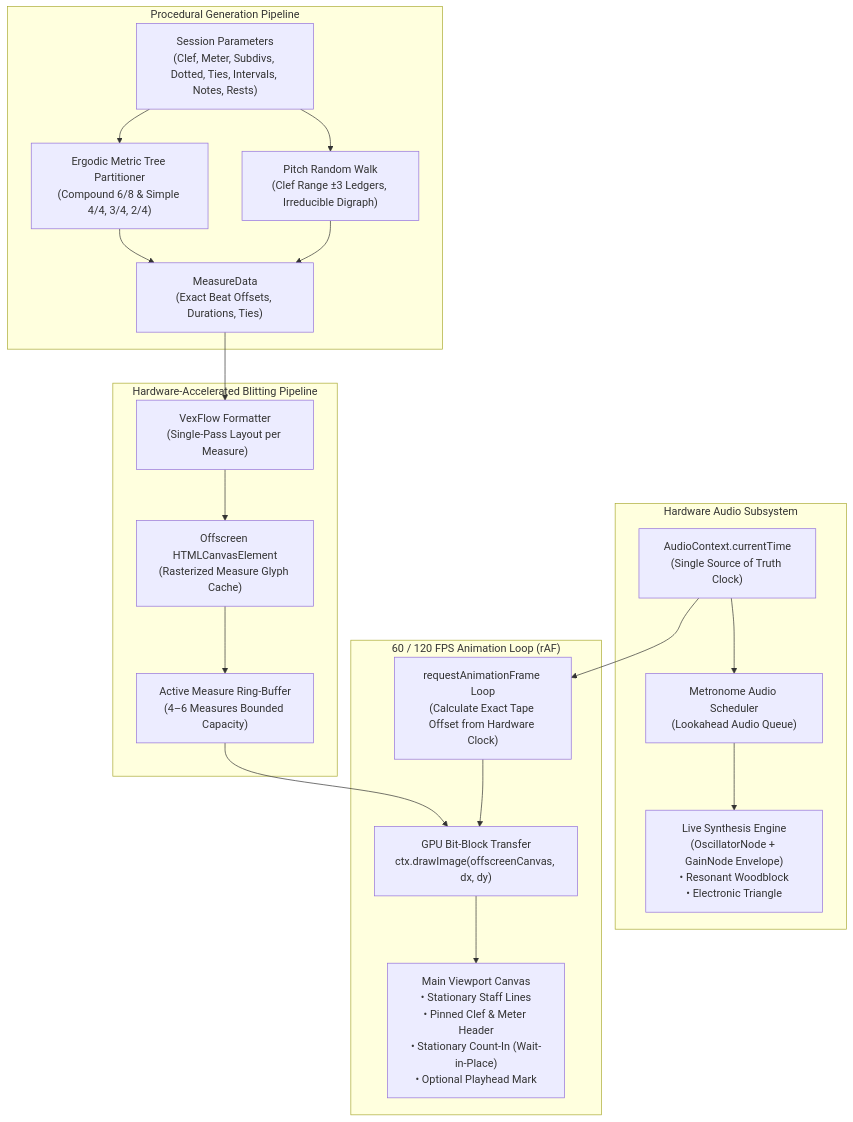
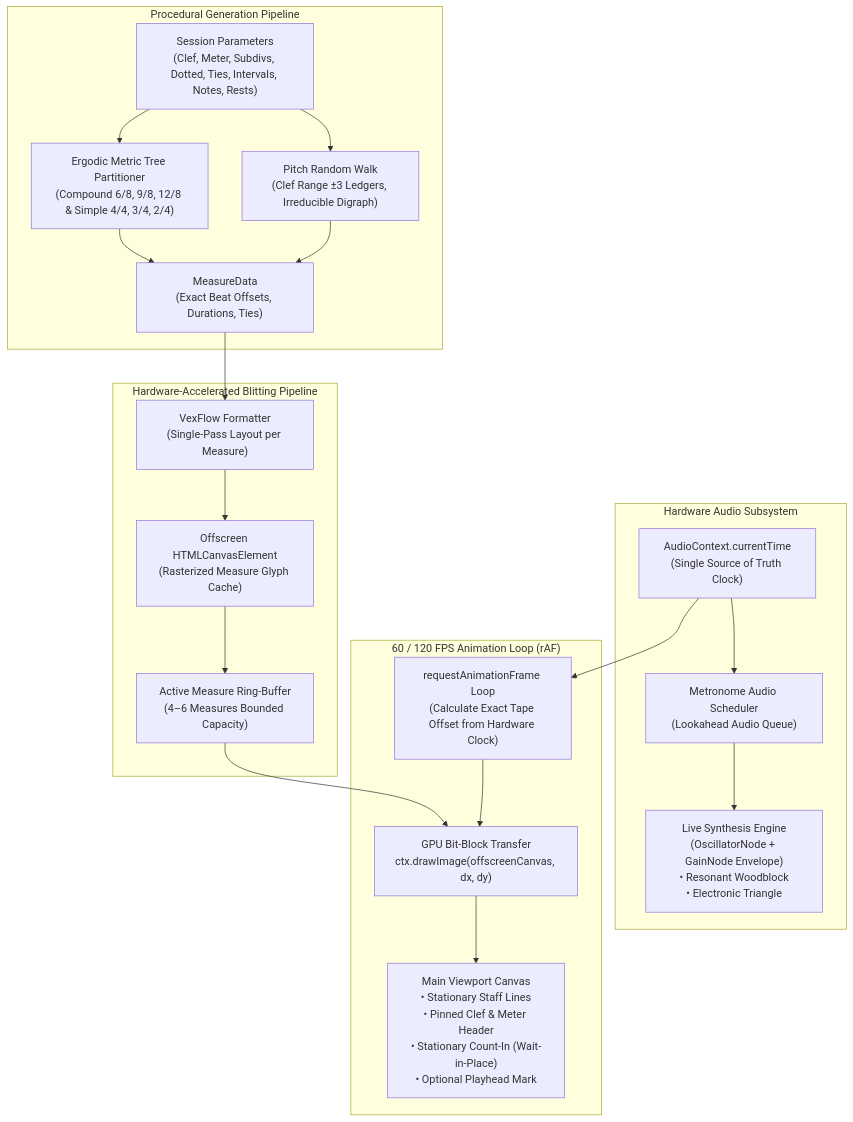
The diagram in README.md (Hand-Lock/guidonica), drawn with Mermaid before and after one commit. The commit also changed other lines of this file and 29 other files, not shown here.

````diff
--- a/README.md
+++ b/README.md
@@ -103,33 +103,33 @@
 ```mermaid
 flowchart TD
     subgraph HardwareClock["Hardware Audio Subsystem"]
         AC["AudioContext.currentTime\n(Single Source of Truth Clock)"]
         SCHED["Metronome Audio Scheduler\n(Lookahead Audio Queue)"]
         SYNTH["Live Synthesis Engine\n(OscillatorNode + GainNode Envelope)\n• Resonant Woodblock\n• Electronic Triangle"]
         AC --> SCHED
         SCHED --> SYNTH
     end
 
     subgraph GenerationPipeline["Procedural Generation Pipeline"]
         PARAM["Session Parameters\n(Clef, Meter, Subdivs, Dotted, Ties, Intervals, Notes, Rests)"]
-        ERGMET["Ergodic Metric Tree Partitioner\n(Compound 6/8 & Simple 4/4, 3/4, 2/4)"]
+        ERGMET["Ergodic Metric Tree Partitioner\n(Compound 6/8, 9/8, 12/8 & Simple 4/4, 3/4, 2/4)"]
         MARKOV["Pitch Random Walk\n(Clef Range ±3 Ledgers, Irreducible Digraph)"]
         PARAM --> ERGMET
         PARAM --> MARKOV
         ERGMET --> MDATA["MeasureData\n(Exact Beat Offsets, Durations, Ties)"]
         MARKOV --> MDATA
     end
 
     subgraph Rasterization["Hardware-Accelerated Blitting Pipeline"]
         MDATA --> VEX["VexFlow Formatter\n(Single-Pass Layout per Measure)"]
         VEX --> OFFCAN["Offscreen HTMLCanvasElement\n(Rasterized Measure Glyph Cache)"]
         OFFCAN --> RBUF["Active Measure Ring-Buffer\n(4–6 Measures Bounded Capacity)"]
     end
 
     subgraph RenderingLoop["60 / 120 FPS Animation Loop (rAF)"]
         AC --> RAF["requestAnimationFrame Loop\n(Calculate Exact Tape Offset from Hardware Clock)"]
         RBUF --> BLIT["GPU Bit-Block Transfer\nctx.drawImage(offscreenCanvas, dx, dy)"]
         RAF --> BLIT
         BLIT --> VIEW["Main Viewport Canvas\n• Stationary Staff Lines\n• Pinned Clef & Meter Header\n• Stationary Count-In (Wait-in-Place)\n• Optional Playhead Mark"]
     end
 ```
````
